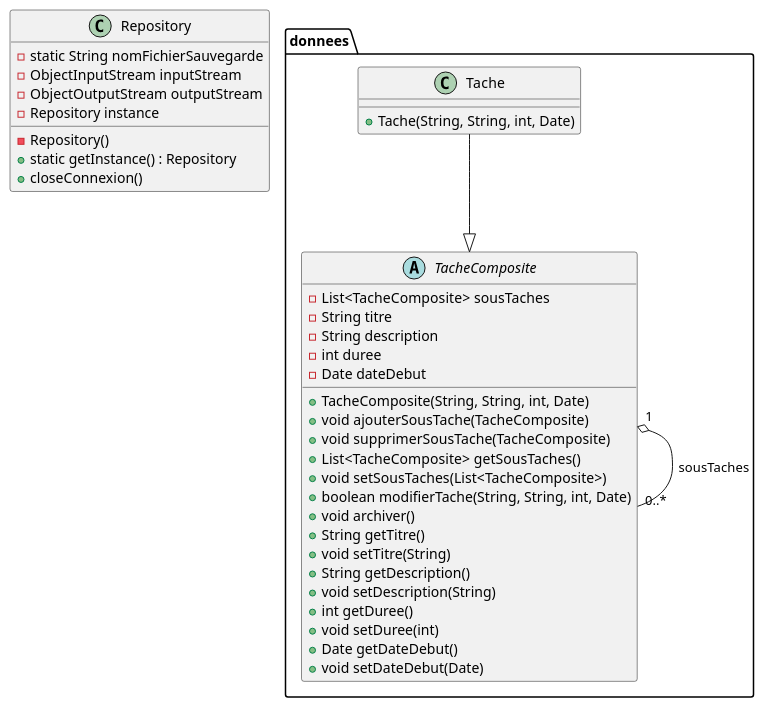
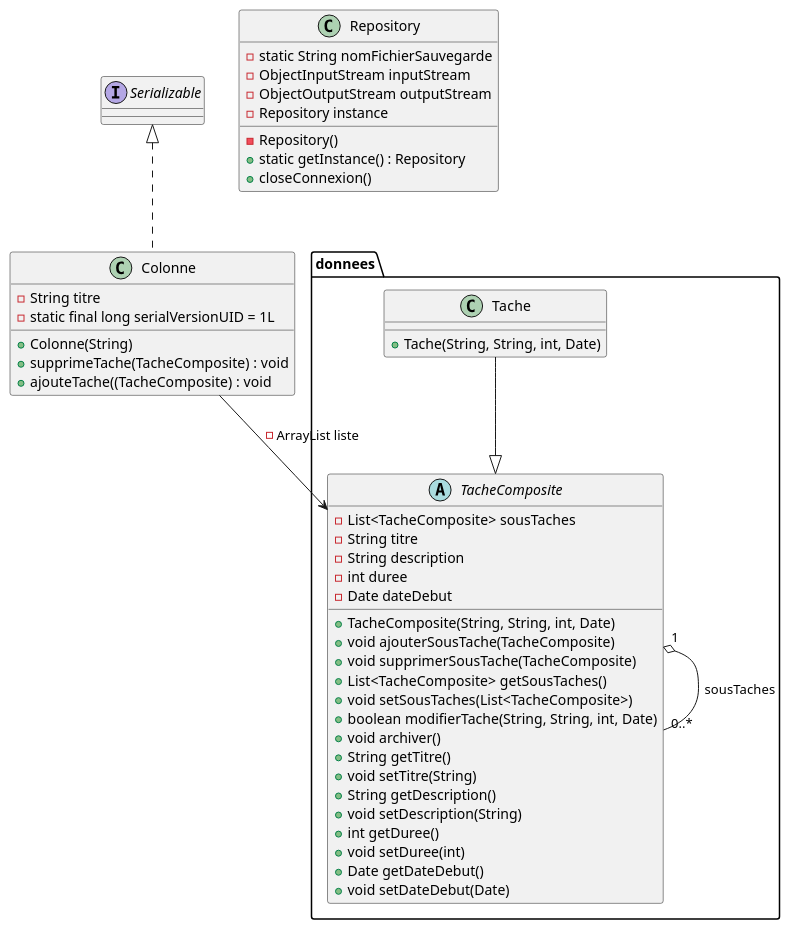
One commit to AlexanderCARNET/SAE_3_01_dev_application changed the diagram in Ollert_QDEV/diagrammes/Iteration 1/DiagrammClassTache.puml. Above: the diagram before and after it, drawn with PlantUML.

Commit message:
Ajout de Colonne dans le diagramme général

```diff
--- a/Ollert_QDEV/diagrammes/Iteration 1/DiagrammClassTache.puml
+++ b/Ollert_QDEV/diagrammes/Iteration 1/DiagrammClassTache.puml
@@ -1,49 +1,61 @@
 @startuml
 
 package donnees {
 
     abstract class TacheComposite {
         - List<TacheComposite> sousTaches
         - String titre
         - String description
         - int duree
         - Date dateDebut
 
         + TacheComposite(String, String, int, Date)
         + void ajouterSousTache(TacheComposite)
         + void supprimerSousTache(TacheComposite)
         + List<TacheComposite> getSousTaches()
         + void setSousTaches(List<TacheComposite>)
         + boolean modifierTache(String, String, int, Date)
         + void archiver()
         + String getTitre()
         + void setTitre(String)
         + String getDescription()
         + void setDescription(String)
         + int getDuree()
         + void setDuree(int)
         + Date getDateDebut()
         + void setDateDebut(Date)
     }
 
     class Tache {
         + Tache(String, String, int, Date)
     }
 
     Tache --|> TacheComposite
 
     TacheComposite "1" o-- "0..*" TacheComposite : sousTaches
 }
 
 class Repository{
     - static String nomFichierSauvegarde
     - ObjectInputStream inputStream
     - ObjectOutputStream outputStream
     - Repository instance
     - Repository()
     + static getInstance() : Repository
     + closeConnexion()
 }
 
+interface Serializable
+class Colonne {
+- String titre
+- static final long serialVersionUID = 1L
++ Colonne(String)
++ supprimeTache(TacheComposite) : void
++ ajouteTache((TacheComposite) : void
+
+}
+Colonne --> TacheComposite : - ArrayList liste
+Colonne .u.|> Serializable
+
 
 @enduml
```
